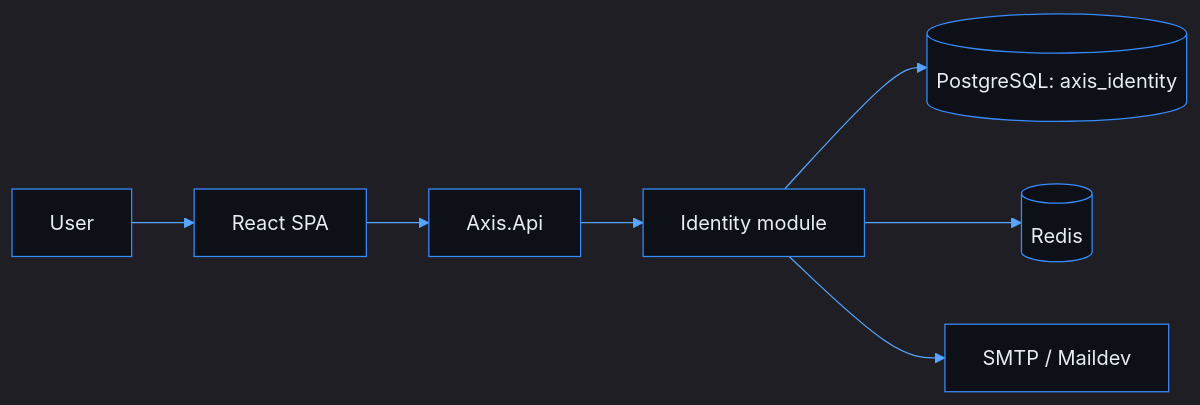
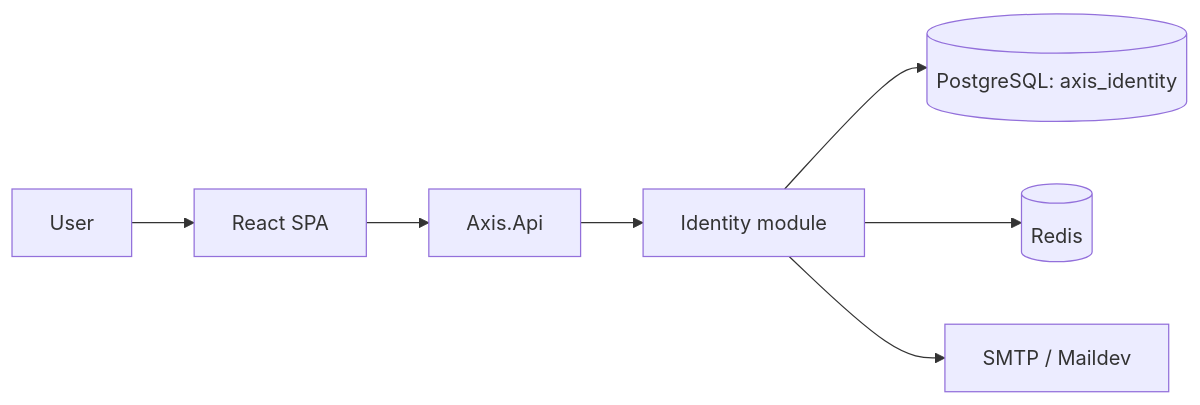
The diagram in docs/README.md (phuongnse/axis), drawn with Mermaid before and after one commit. The commit also changed other lines of this file and 107 other files, not shown here.

Commit message:
chore(axis): simplify docs and identity registration flow

````diff
--- a/docs/README.md
+++ b/docs/README.md
@@ -41,18 +32,17 @@
 ```mermaid
-%%{init: {'theme':'dark','themeVariables':{'background':'#0d1117','mainBkg':'#0d1117','primaryColor':'#161b22','primaryBorderColor':'#388bfd','primaryTextColor':'#e6edf3','secondaryColor':'#21262d','secondaryBorderColor':'#388bfd','secondaryTextColor':'#e6edf3','tertiaryColor':'#161b22','tertiaryTextColor':'#e6edf3','lineColor':'#58a6ff','textColor':'#e6edf3','nodeBorder':'#388bfd','clusterBkg':'#161b22','clusterBorder':'#388bfd','titleColor':'#e6edf3','edgeLabelBackground':'#161b22','actorBkg':'#161b22','actorBorder':'#388bfd','actorTextColor':'#e6edf3','signalColor':'#58a6ff','labelBoxBkgColor':'#161b22','labelBoxBorderColor':'#388bfd','noteBkgColor':'#161b22','noteBorderColor':'#388bfd','noteTextColor':'#c9d1d9','activationBkgColor':'#30363d'}}}%%
 flowchart LR
   User["User"]
   SPA["React SPA"]
   API["Axis.Api"]
   Identity["Identity module"]
   DB[("PostgreSQL: axis_identity")]
   Redis[("Redis")]
   Mail["SMTP / Maildev"]
 
   User --> SPA
   SPA --> API
   API --> Identity
   Identity --> DB
   Identity --> Redis
   Identity --> Mail
 ```
````
